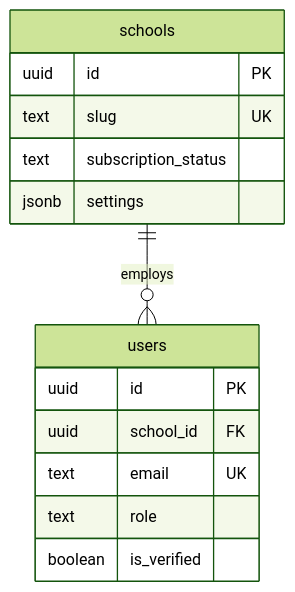
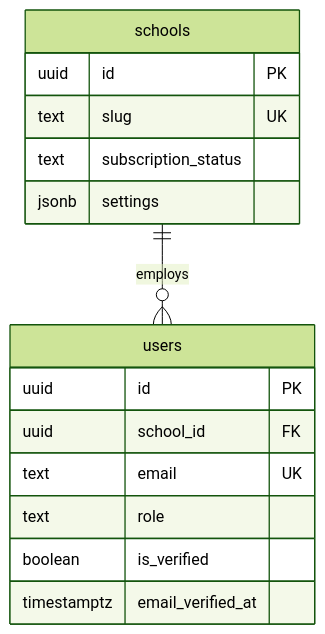
The second of 13 diagrams in docs/backend/Erd.md (rahmat058/school-flow-ai), drawn with Mermaid (forest theme) before and after one commit. The commit also changed other lines of this file and 52 other files, not shown here.

````diff
--- a/docs/backend/Erd.md
+++ b/docs/backend/Erd.md
@@ -438,17 +439,18 @@
 ```mermaid
 erDiagram
   schools ||--o{ users : employs
   schools {
     uuid id PK
     text slug UK
     text subscription_status
     jsonb settings
   }
   users {
     uuid id PK
     uuid school_id FK
     text email UK
     text role
     boolean is_verified
+    timestamptz email_verified_at
   }
 ```
````
